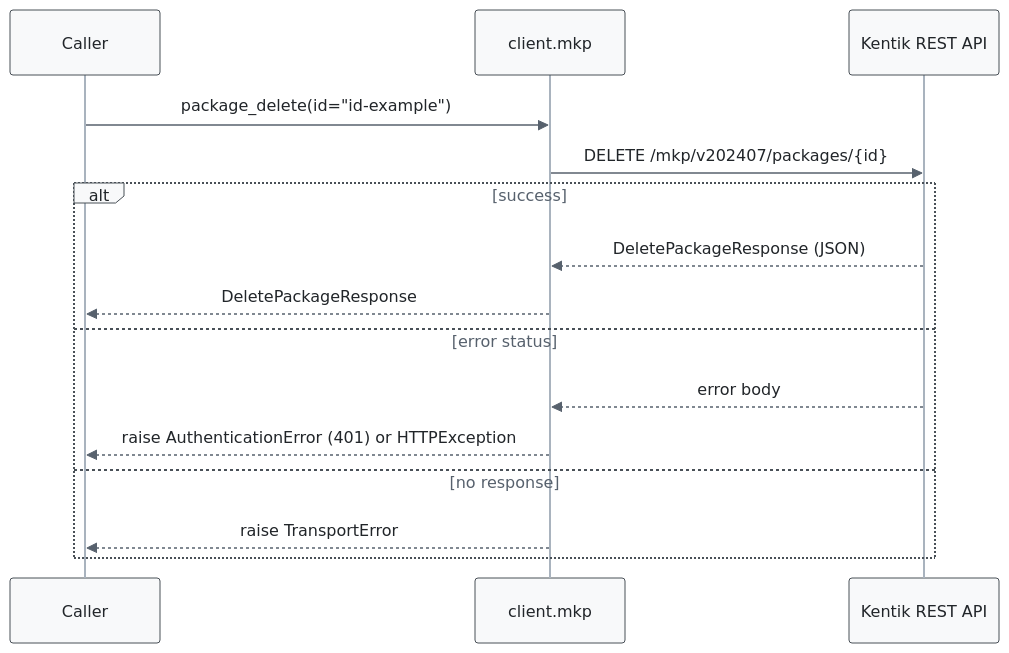
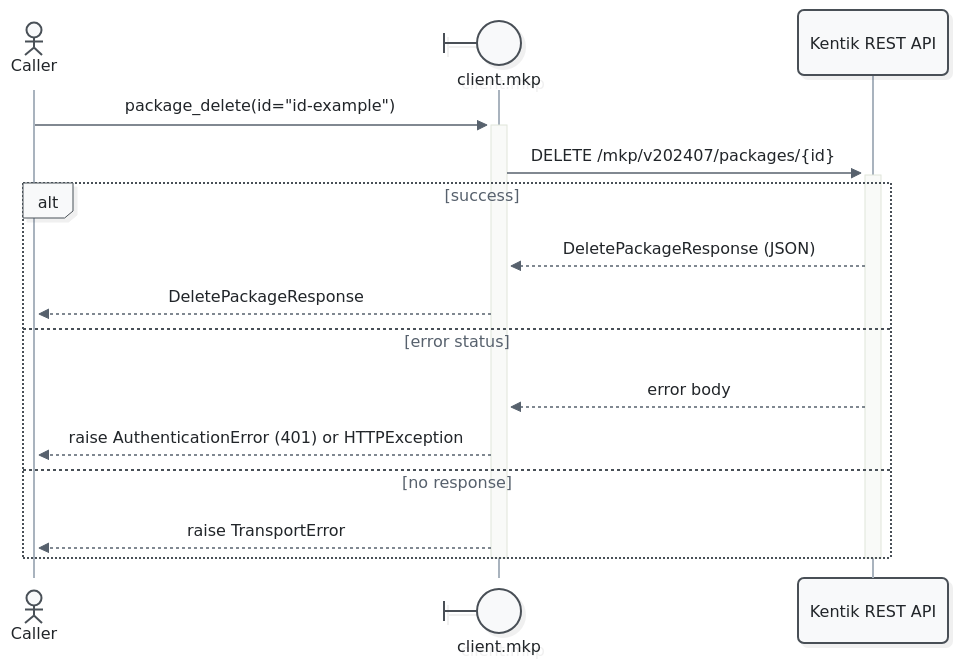
The ninth of 29 diagrams in docs/sphinx/services/mkp.md (alexdearaujo/community_sdk_python), drawn with Mermaid before and after one commit. The commit also changed other lines of this file and 52 other files, not shown here.

First line of the commit message:
docs: Mermaid 12 sequence diagrams with participant types and path colors

````diff
--- a/docs/sphinx/services/mkp.md
+++ b/docs/sphinx/services/mkp.md
@@ -343,19 +363,21 @@
 ```mermaid
-%%{init: {"theme": "base", "fontFamily": "ui-monospace, SFMono-Regular, Menlo, monospace", "themeVariables": {"fontFamily": "ui-monospace, SFMono-Regular, Menlo, monospace", "primaryColor": "#f8f9fa", "primaryBorderColor": "#495057", "primaryTextColor": "#212529", "textColor": "#212529", "lineColor": "#77818c", "edgeLabelBackground": "#ffffff", "actorBkg": "#f8f9fa", "actorBorder": "#495057", "actorTextColor": "#212529", "actorLineColor": "#a9b3be", "signalColor": "#57616d", "signalTextColor": "#212529", "labelBoxBkgColor": "#f8f9fa", "labelBoxBorderColor": "#495057", "labelTextColor": "#212529", "loopTextColor": "#57616d", "noteBkgColor": "#fff9db", "noteBorderColor": "#f08c00", "noteTextColor": "#a35a00"}, "flowchart": {"curve": "step", "nodeSpacing": 30, "rankSpacing": 70, "wrappingWidth": 400}}}%%
+%%{init: {"theme": "redux", "look": "neo", "layout": "dagre", "fontFamily": "ui-monospace, SFMono-Regular, Menlo, monospace", "themeVariables": {"fontFamily": "ui-monospace, SFMono-Regular, Menlo, monospace", "primaryColor": "#f8f9fa", "primaryBorderColor": "#495057", "primaryTextColor": "#212529", "textColor": "#212529", "lineColor": "#77818c", "edgeLabelBackground": "#ffffff", "actorBkg": "#f8f9fa", "actorBorder": "#495057", "actorTextColor": "#212529", "actorLineColor": "#a9b3be", "signalColor": "#57616d", "signalTextColor": "#212529", "labelBoxBkgColor": "#f8f9fa", "labelBoxBorderColor": "#495057", "labelTextColor": "#212529", "loopTextColor": "#57616d", "noteBkgColor": "#fff9db", "noteBorderColor": "#f08c00", "noteTextColor": "#a35a00"}, "sequence": {"activationWidth": 16}, "flowchart": {"curve": "step", "nodeSpacing": 30, "rankSpacing": 70, "wrappingWidth": 400}}}%%
 sequenceDiagram
-    participant C as Caller
-    participant W as client.mkp
+    actor C as Caller
+    participant W@{ "type": "boundary" } as client.mkp
     participant API as Kentik REST API
 
-    C->>W: package_delete(id="id-example")
-    W->>API: DELETE /mkp/v202407/packages/{id}
+    C->>+W: package_delete(id="id-example")
+    W->>+API: DELETE /mkp/v202407/packages/{id}
     alt success
         API-->>W: DeletePackageResponse (JSON)
         W-->>C: DeletePackageResponse
     else error status
         API-->>W: error body
         W-->>C: raise AuthenticationError (401) or HTTPException
     else no response
         W-->>C: raise TransportError
     end
+    deactivate API
+    deactivate W
 ```
````
